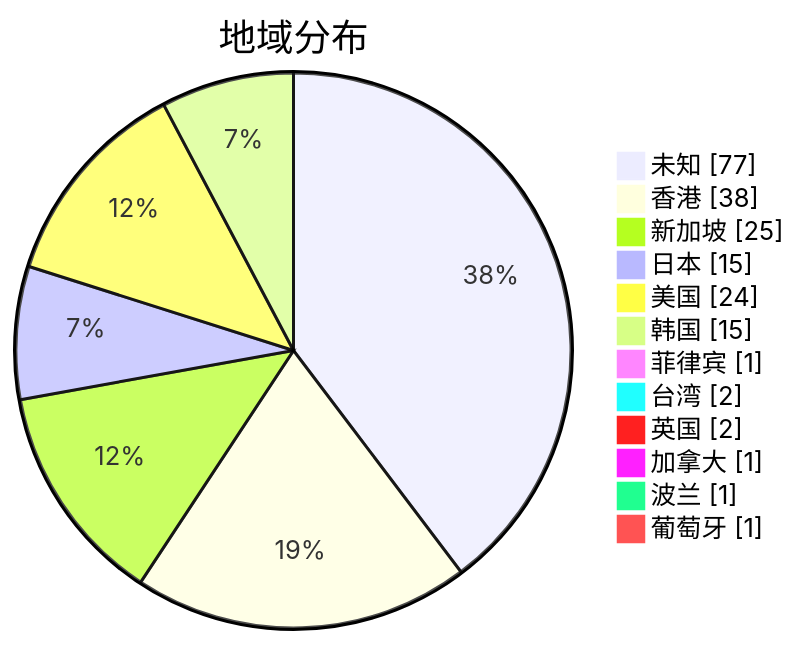
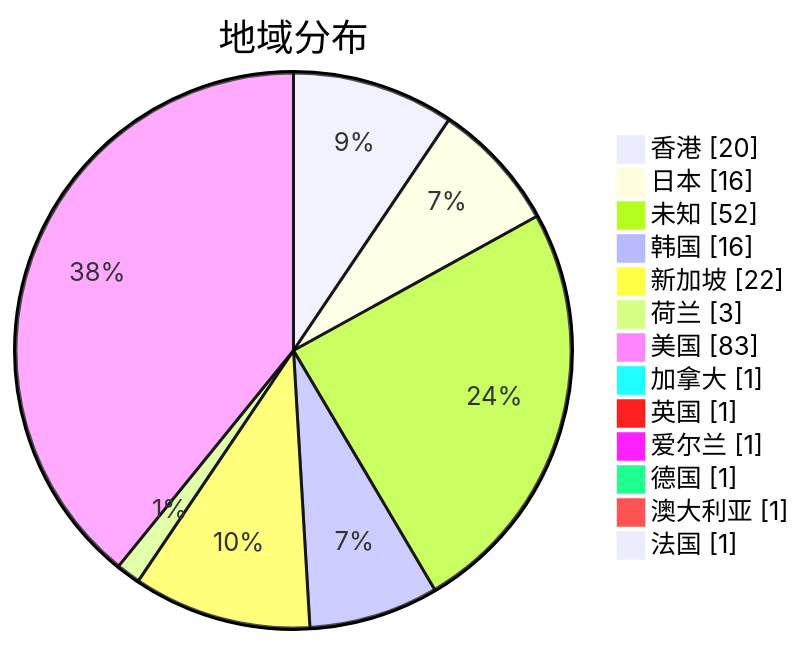
The second of 3 diagrams in subs/statistics/tested_within.md (qjlxg/airport), drawn with Mermaid before and after one commit. The commit also changed other lines of this file and 2 other files, not shown here.

Commit message:
Tested by metaST

````diff
--- a/subs/statistics/tested_within.md
+++ b/subs/statistics/tested_within.md
@@ -12,16 +12,17 @@
 ```mermaid
 pie showData
 title 地域分布
-"未知" : 77
-"香港" : 38
-"新加坡" : 25
-"日本" : 15
-"美国" : 24
-"韩国" : 15
-"菲律宾" : 1
-"台湾" : 2
-"英国" : 2
+"香港" : 20
+"日本" : 16
+"未知" : 52
+"韩国" : 16
+"新加坡" : 22
+"荷兰" : 3
+"美国" : 83
 "加拿大" : 1
-"波兰" : 1
-"葡萄牙" : 1
+"英国" : 1
+"爱尔兰" : 1
+"德国" : 1
+"澳大利亚" : 1
+"法国" : 1
 ```
````
